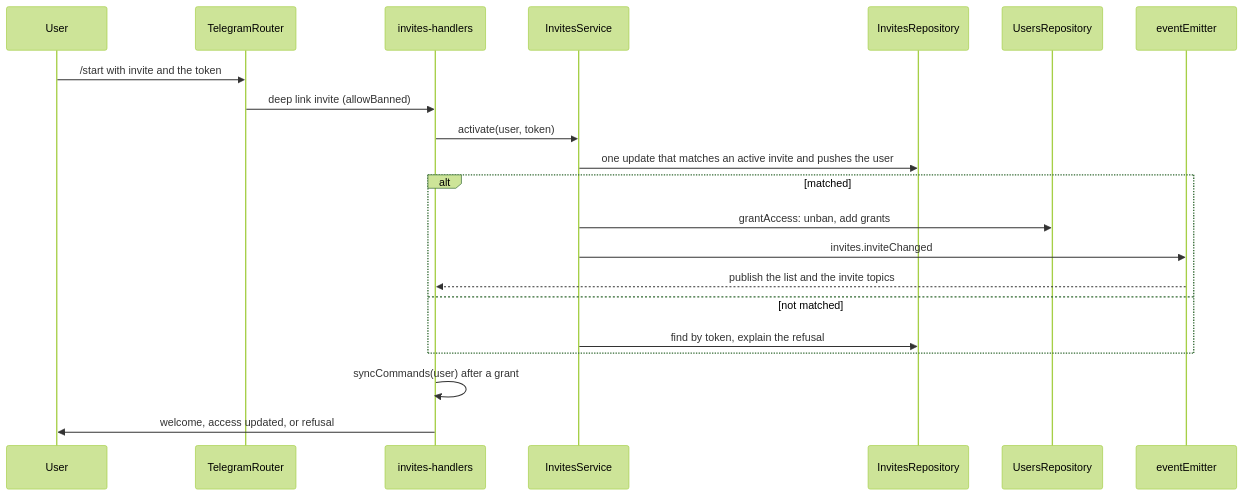
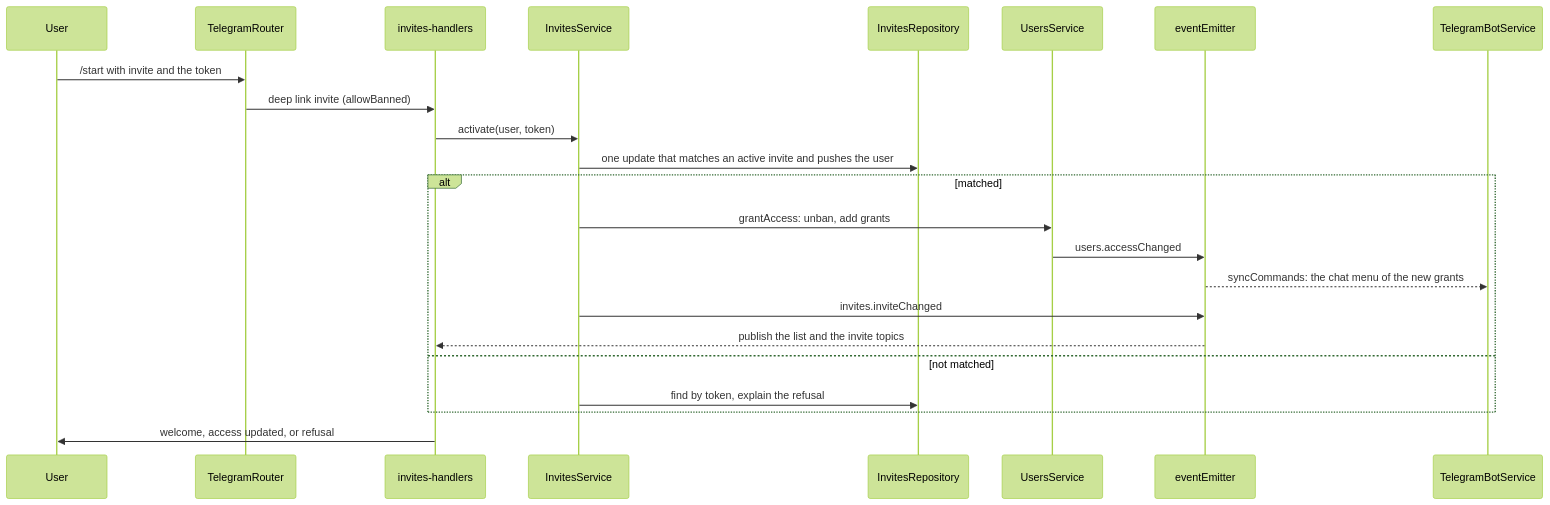
One commit to ayuvlasenko/smart-assistant changed the first of 2 diagrams in apps/server/src/plugins/app/invites/README.md. Above: the diagram before and after it, drawn with Mermaid (forest theme). The commit also changed 9 other files, not shown here.

First line of the commit message:
refactor: sync the chat menu when the grants of a user change

````diff
--- a/apps/server/src/plugins/app/invites/README.md
+++ b/apps/server/src/plugins/app/invites/README.md
@@ -21,24 +21,26 @@
 ```mermaid
 sequenceDiagram
     participant U as User
     participant R as TelegramRouter
     participant H as invites-handlers
     participant S as InvitesService
     participant I as InvitesRepository
-    participant Us as UsersRepository
+    participant Us as UsersService
     participant E as eventEmitter
+    participant B as TelegramBotService
 
     U->>R: /start with invite and the token
     R->>H: deep link invite (allowBanned)
     H->>S: activate(user, token)
     S->>I: one update that matches an active invite and pushes the user
     alt matched
         S->>Us: grantAccess: unban, add grants
+        Us->>E: users.accessChanged
+        E-->>B: syncCommands: the chat menu of the new grants
         S->>E: invites.inviteChanged
         E-->>H: publish the list and the invite topics
     else not matched
         S->>I: find by token, explain the refusal
     end
-    H->>H: syncCommands(user) after a grant
     H->>U: welcome, access updated, or refusal
 ```
````
